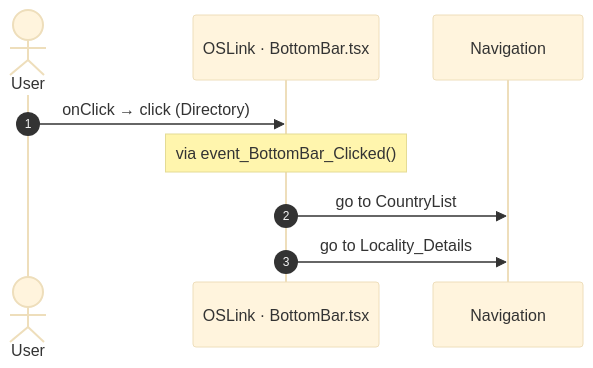
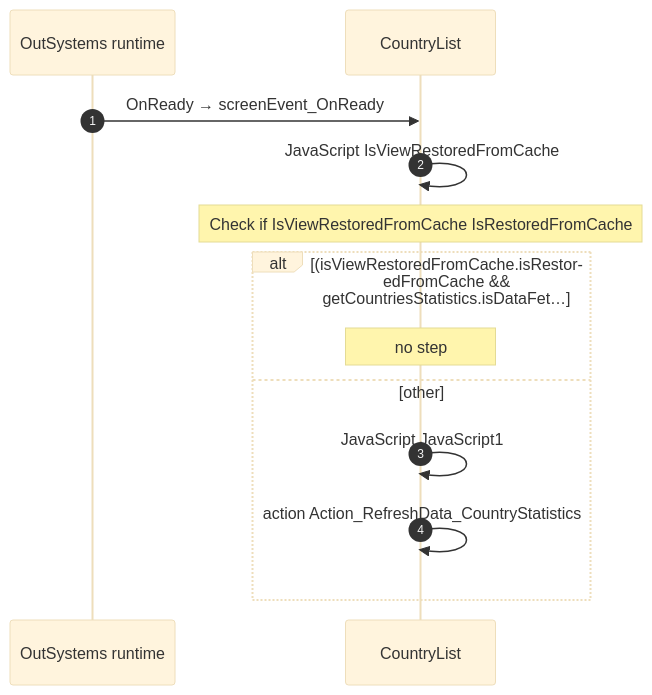
Before and after one commit to Phoenix-DX/connect-new-ui: the fourth of 4 diagrams in route-actions/routes/CountryList.md, drawn with Mermaid (base theme). The commit also changed other lines of this file and 52 other files, not shown here.

````diff
--- a/route-actions/routes/CountryList.md
+++ b/route-actions/routes/CountryList.md
@@ -431,11 +187,15 @@
 ```mermaid
 sequenceDiagram
   autonumber
-  actor U as User
-  participant H as OSLink · BottomBar.tsx
-  participant N as Navigation
-  U->>H: onClick → click (Directory)
-  Note over H: via event_BottomBar_Clicked()
-  H->>N: go to CountryList
-  H->>N: go to Locality_Details
+  participant R as OutSystems runtime
+  participant B as CountryList
+  R->>B: OnReady → screenEvent_OnReady
+  B->>B: JavaScript IsViewRestoredFromCache
+  Note over B: Check if IsViewRestoredFromCache IsRestoredFromCache
+  alt (isViewRestoredFromCache.isRestoredFromCache && getCountriesStatistics.isDataFet…
+    Note over B: no step
+  else other
+    B->>B: JavaScript JavaScript1
+    B->>B: action Action_RefreshData_CountryStatistics
+  end
 ```
````
